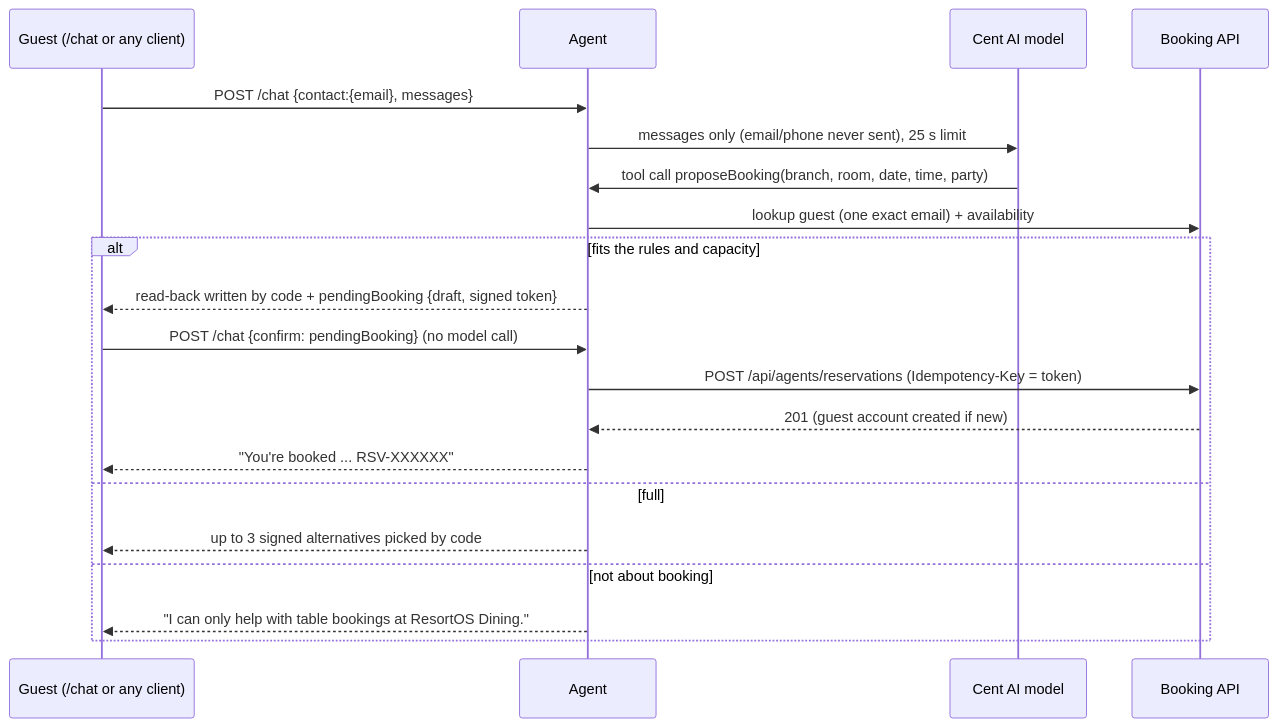
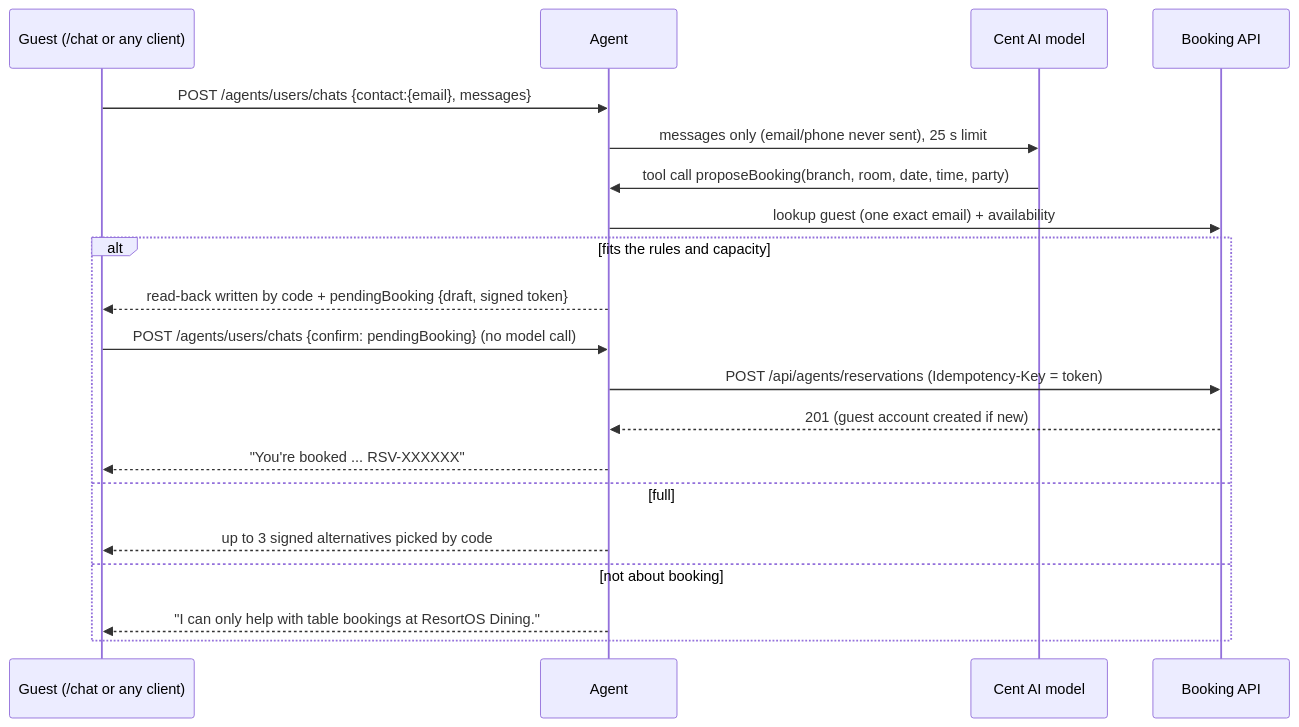
The third of 4 diagrams in DIAGRAM.md (vincentag11323/restaurant-booking-planning), drawn with Mermaid before and after one commit. The commit also changed other lines of this file and 1 other file, not shown here.

Commit message:
spec: fix agent diagram line

````diff
--- a/DIAGRAM.md
+++ b/DIAGRAM.md
@@ -66,22 +66,22 @@
 ```mermaid
 sequenceDiagram
   participant G as Guest (/chat or any client)
   participant AG as Agent
   participant M as Cent AI model
   participant A as Booking API
-  G->>AG: POST /chat {contact:{email}, messages}
+  G->>AG: POST /agents/users/chats {contact:{email}, messages}
   AG->>M: messages only (email/phone never sent), 25 s limit
   M->>AG: tool call proposeBooking(branch, room, date, time, party)
   AG->>A: lookup guest (one exact email) + availability
   alt fits the rules and capacity
     AG-->>G: read-back written by code + pendingBooking {draft, signed token}
-    G->>AG: POST /chat {confirm: pendingBooking} (no model call)
+    G->>AG: POST /agents/users/chats {confirm: pendingBooking} (no model call)
     AG->>A: POST /api/agents/reservations (Idempotency-Key = token)
     A-->>AG: 201 (guest account created if new)
     AG-->>G: "You're booked ... RSV-XXXXXX"
   else full
     AG-->>G: up to 3 signed alternatives picked by code
   else not about booking
     AG-->>G: "I can only help with table bookings at ResortOS Dining."
   end
 ```
````
